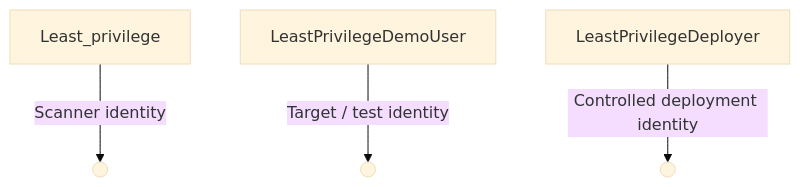
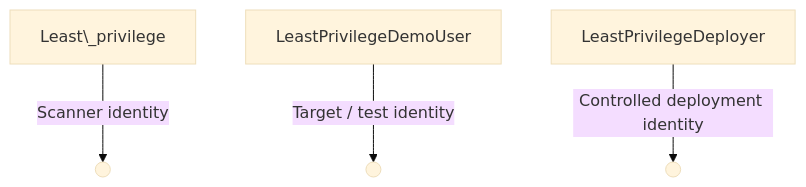
One commit to kanishkaramesh60/Cloud-least-privilege-enforcer changed the third of 4 diagrams in README.md. Above: the diagram before and after it, drawn with Mermaid (base theme). The commit also changed other lines of this file and 2 other files, not shown here.

````diff
--- a/README.md
+++ b/README.md
@@ -300,6 +321,6 @@
 ```mermaid
 flowchart TD
-    A[Least_privilege] -->|Scanner identity| B(( ))
-    C[LeastPrivilegeDemoUser] -->|Target / test identity| D(( ))
-    E[LeastPrivilegeDeployer] -->|Controlled deployment identity| F(( ))
+    A\[Least\_privilege] -->|Scanner identity| B(( ))
+    C\[LeastPrivilegeDemoUser] -->|Target / test identity| D(( ))
+    E\[LeastPrivilegeDeployer] -->|Controlled deployment identity| F(( ))
 ```
````
